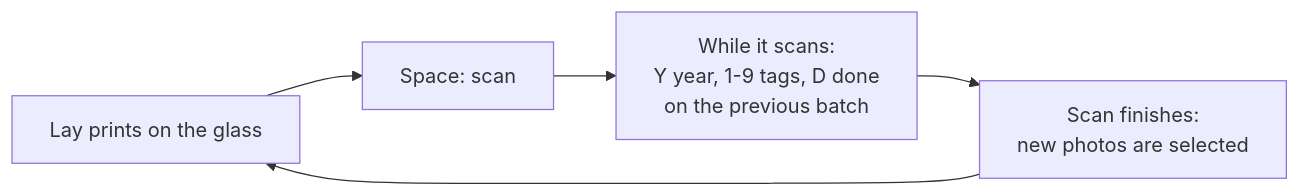
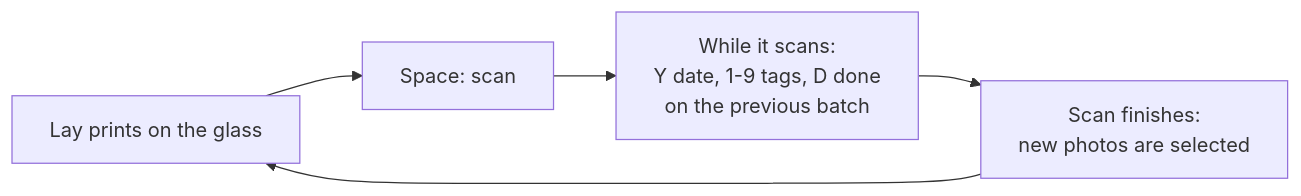
The diagram in docs/GUIDE.md (Joona89/image-scanner), drawn with Mermaid before and after one commit. The commit also changed other lines of this file and 7 other files, not shown here.

First line of the commit message:
Add captions and full dates, apply typed date on Done, fix rotate redraw

````diff
--- a/docs/GUIDE.md
+++ b/docs/GUIDE.md
@@ -15,7 +15,7 @@
 ```mermaid
 flowchart LR
     A[Lay prints on the glass] --> B[Space: scan]
-    B --> C[While it scans:<br>Y year, 1-9 tags, D done<br>on the previous batch]
+    B --> C[While it scans:<br>Y date, 1-9 tags, D done<br>on the previous batch]
     C --> D[Scan finishes:<br>new photos are selected]
     D --> A
 ```
````
